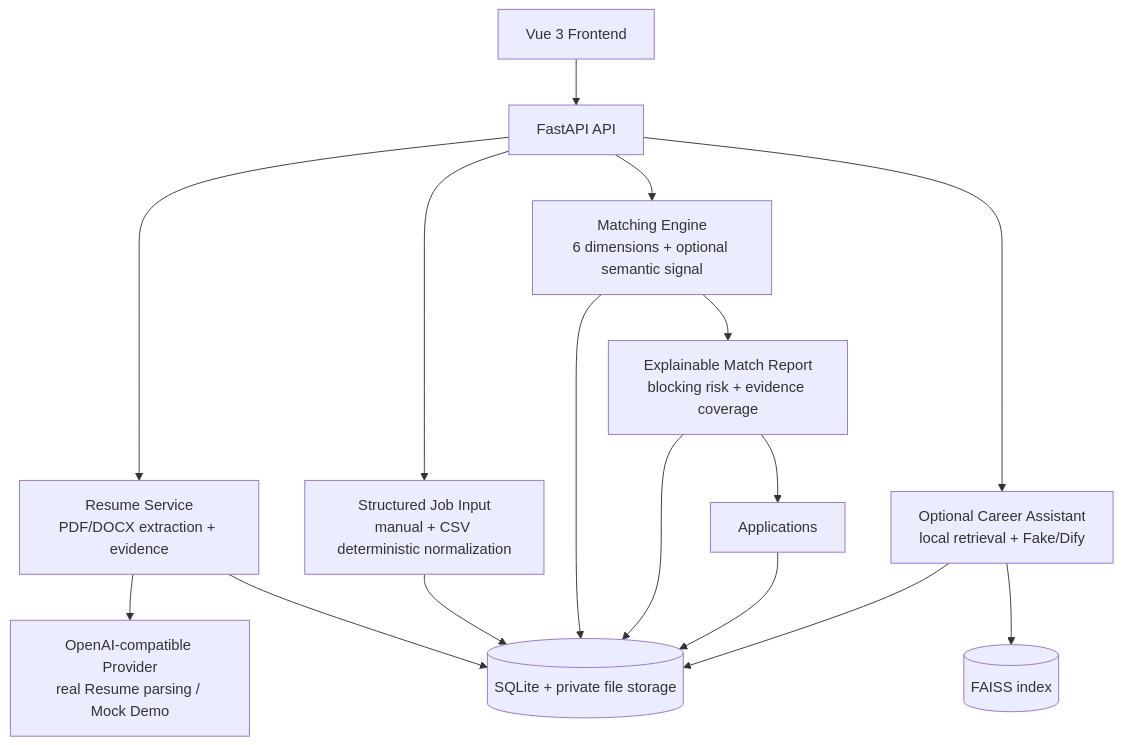
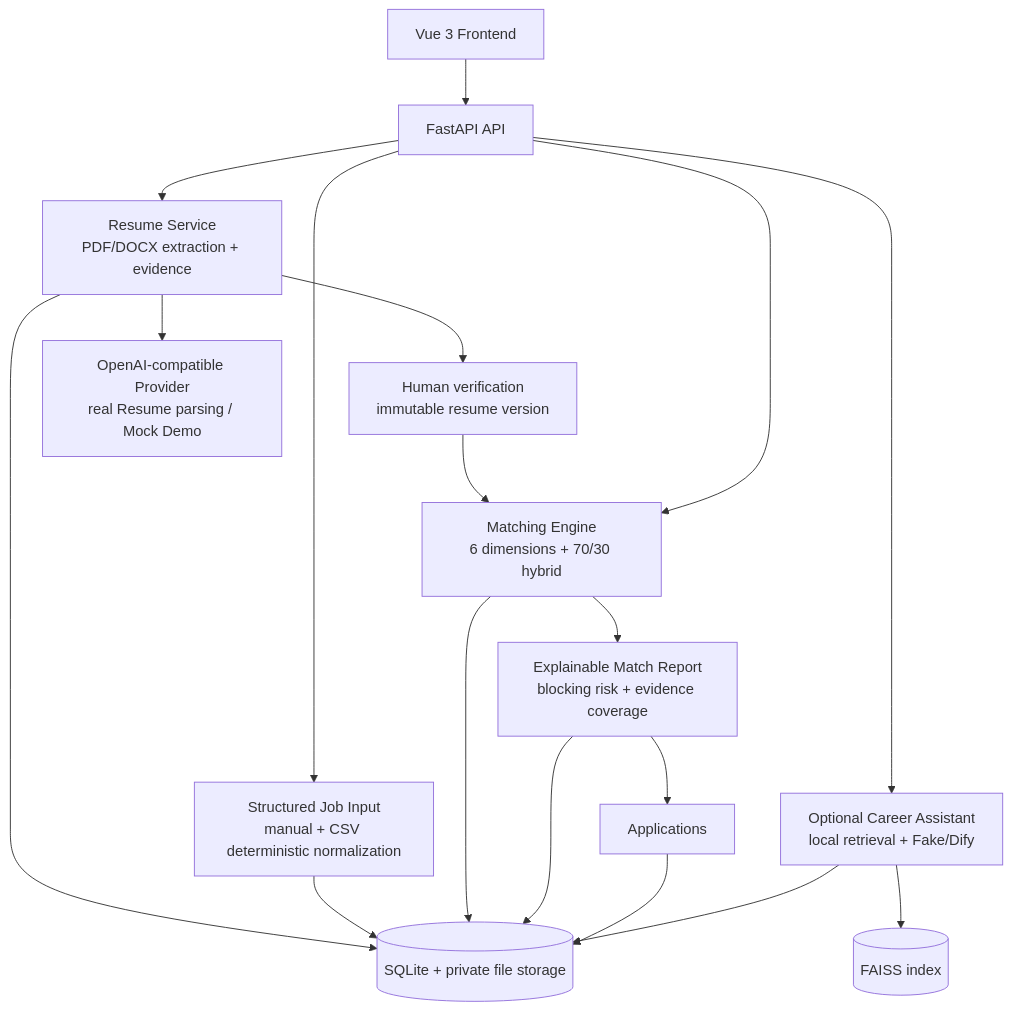
One commit to YUKANN518/CareerPilot-AI changed the diagram in docs/ARCHITECTURE.md. Above: the diagram before and after it, drawn with Mermaid. The commit also changed other lines of this file and 25 other files, not shown here.

````diff
--- a/docs/ARCHITECTURE.md
+++ b/docs/ARCHITECTURE.md
@@ -6,30 +6,33 @@
 ```mermaid
 flowchart TD
     UI[Vue 3 Frontend]
     API[FastAPI API]
     RES[Resume Service\nPDF/DOCX extraction + evidence]
+    VERIFY[Human verification\nimmutable resume version]
     AI[OpenAI-compatible Provider\nreal Resume parsing / Mock Demo]
     JOB[Structured Job Input\nmanual + CSV deterministic normalization]
-    MATCH[Matching Engine\n6 dimensions + optional semantic signal]
+    MATCH[Matching Engine\n6 dimensions + 70/30 hybrid]
     REPORT[Explainable Match Report\nblocking risk + evidence coverage]
     APP[Applications]
     RAG[Optional Career Assistant\nlocal retrieval + Fake/Dify]
     DB[(SQLite + private file storage)]
     FAISS[(FAISS index)]
 
     UI --> API
     API --> RES
     RES --> AI
+    RES --> VERIFY
+    VERIFY --> MATCH
     API --> JOB
     API --> MATCH
     MATCH --> REPORT
     REPORT --> APP
     API --> RAG
     RAG --> FAISS
     RES --> DB
     JOB --> DB
     MATCH --> DB
     REPORT --> DB
     APP --> DB
     RAG --> DB
 ```
````
